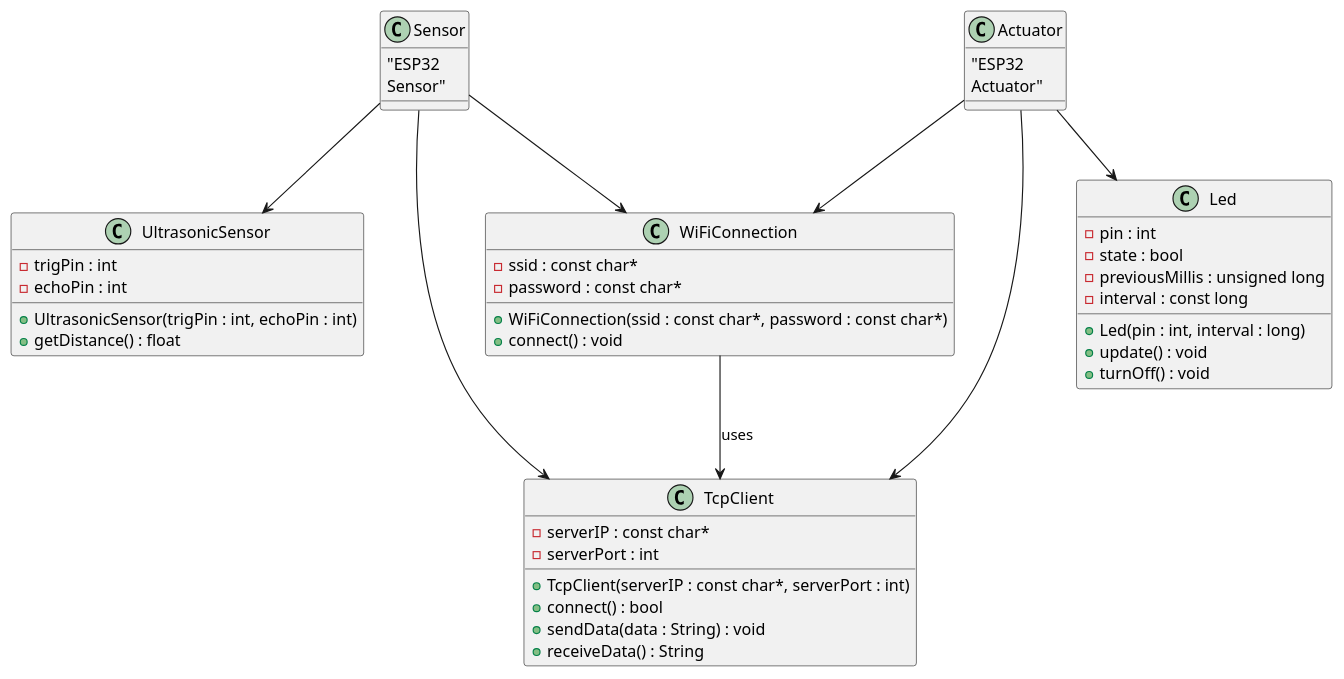
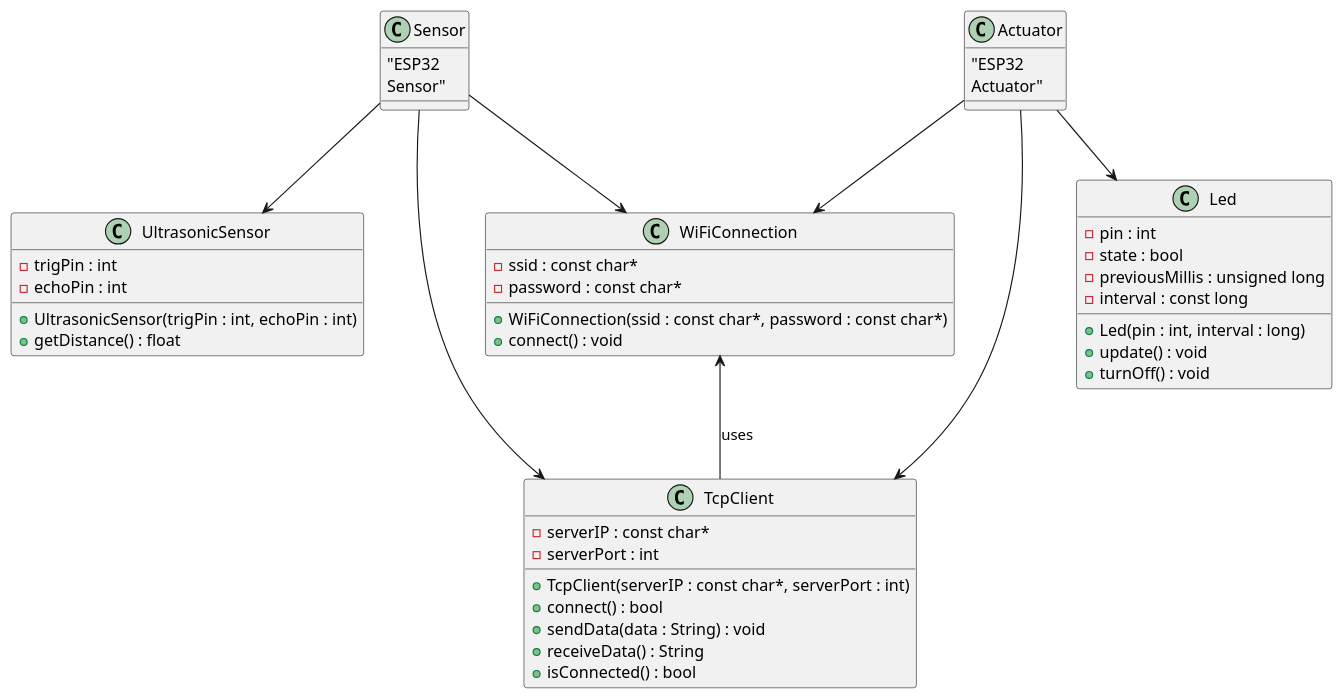
Before and after one commit to Ichurri/sensor-actuator-iot: the diagram in Diagrams/class.puml, drawn with PlantUML. The commit also changed 2 other files, not shown here.

Commit message:
Diagrams added

```diff
--- a/Diagrams/class.puml
+++ b/Diagrams/class.puml
@@ -1,49 +1,50 @@
 @startuml
 
 class WiFiConnection {
   -ssid : const char*
   -password : const char*
   +WiFiConnection(ssid : const char*, password : const char*)
   +connect() : void
 }
 
 class TcpClient {
   -serverIP : const char*
   -serverPort : int
   +TcpClient(serverIP : const char*, serverPort : int)
   +connect() : bool
   +sendData(data : String) : void
   +receiveData() : String
+  +isConnected() : bool
 }
 
 class UltrasonicSensor {
   -trigPin : int
   -echoPin : int
   +UltrasonicSensor(trigPin : int, echoPin : int)
   +getDistance() : float
 }
 
 class Led {
   -pin : int
   -state : bool
   -previousMillis : unsigned long
   -interval : const long
   +Led(pin : int, interval : long)
   +update() : void
   +turnOff() : void
 }
 
-WiFiConnection --> TcpClient : uses
-
 Sensor : "ESP32\nSensor"
 Actuator : "ESP32\nActuator"
 
 Sensor --> UltrasonicSensor
 Sensor --> WiFiConnection
 Sensor --> TcpClient
 
 Actuator --> Led
 Actuator --> WiFiConnection
 Actuator --> TcpClient
 
+WiFiConnection <-- TcpClient : uses
+
 @enduml
```
